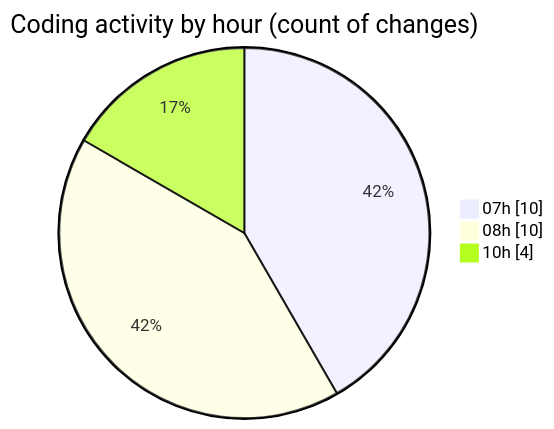
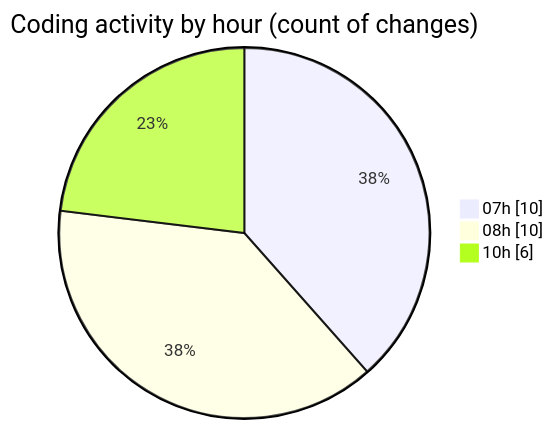
The second of 2 diagrams in 2026-02-08/singularitybrainai/README.md (tmsrecording-cyber/code-tracking), drawn with Mermaid before and after one commit. The commit also changed other lines of this file and 1 other file, not shown here.

````diff
--- a/2026-02-08/singularitybrainai/README.md
+++ b/2026-02-08/singularitybrainai/README.md
@@ -34,7 +35,7 @@
 ```mermaid
 pie showData
 title Coding activity by hour (count of changes)
 "07h" : 10
 "08h" : 10
-"10h" : 4
+"10h" : 6
 ```
````
